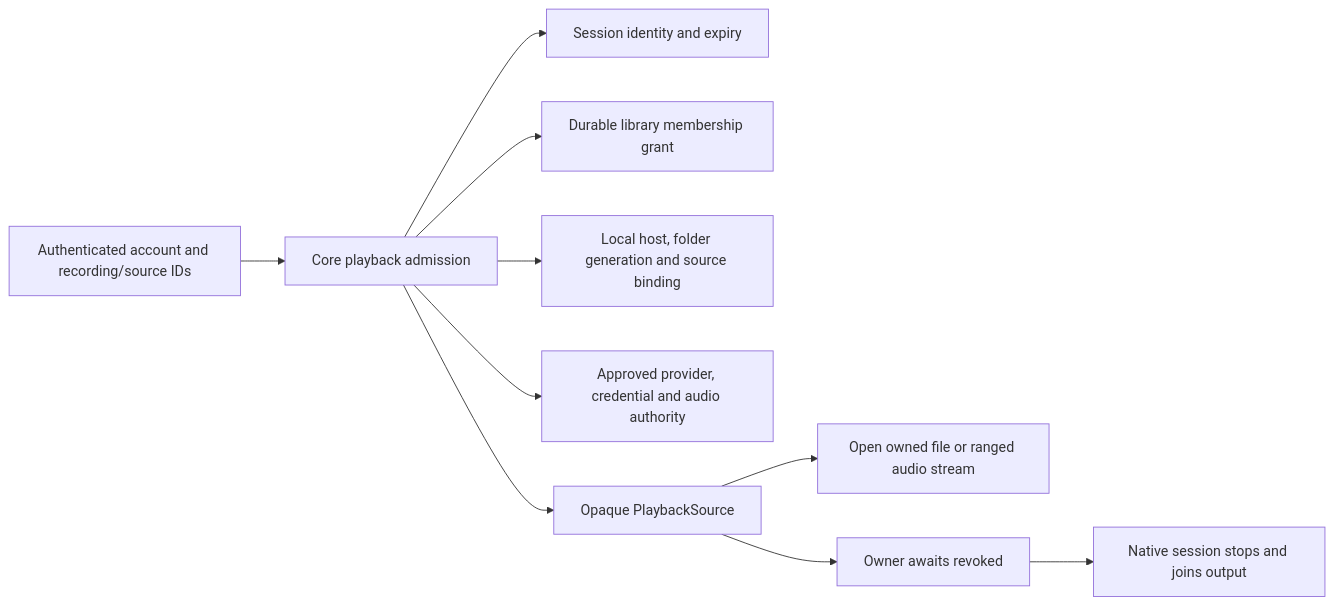
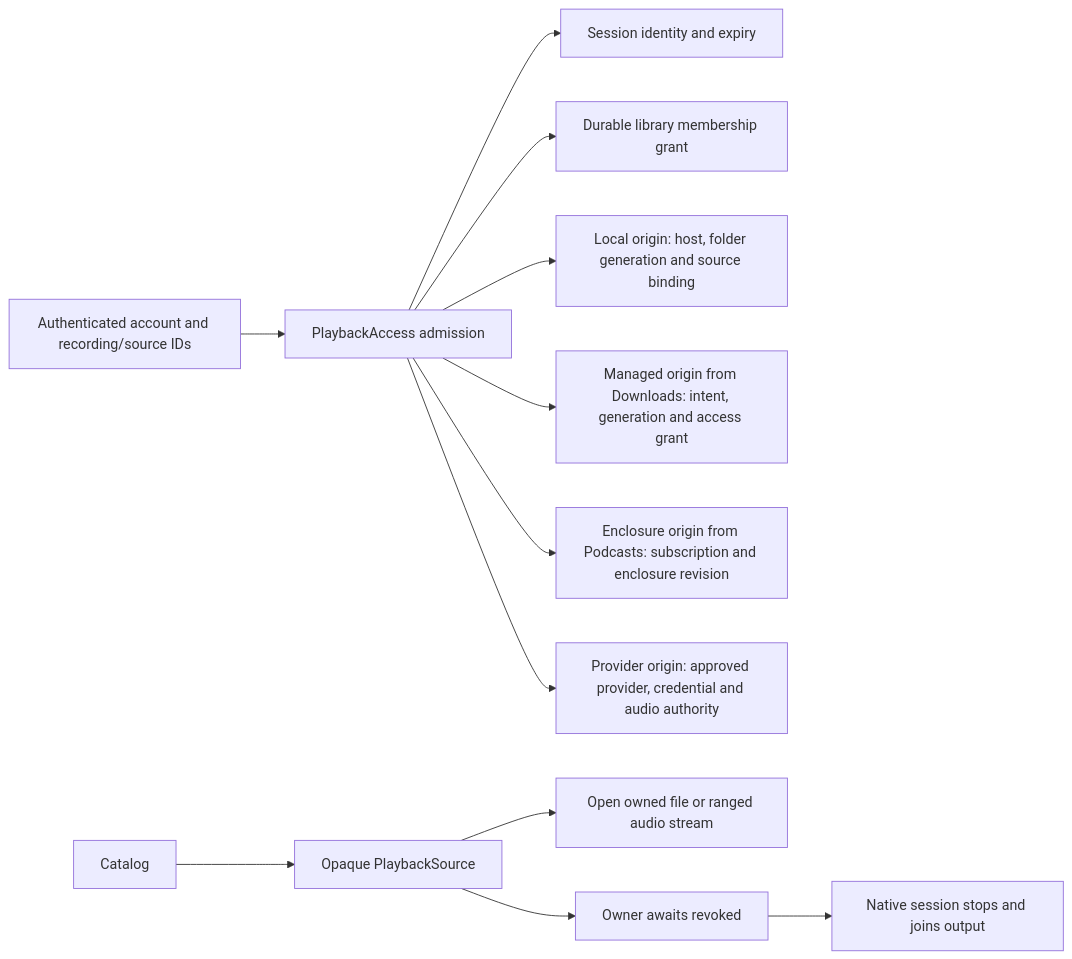
The diagram in docs/playback-access.md (acidiney/hitoapp), drawn with Mermaid before and after one commit. The commit also changed other lines of this file and 2 other files, not shown here.

Commit message:
Document PlaybackAccess and mark RFC 0002 implemented

````diff
--- a/docs/playback-access.md
+++ b/docs/playback-access.md
@@ -7,12 +7,14 @@
 ```mermaid
 flowchart LR
-  Request[Authenticated account and recording/source IDs] --> Catalog[Core playback admission]
-  Catalog --> Session[Session identity and expiry]
-  Catalog --> Membership[Durable library membership grant]
-  Catalog --> Local[Local host, folder generation and source binding]
-  Catalog --> Provider[Approved provider, credential and audio authority]
+  Request[Authenticated account and recording/source IDs] --> Access[PlaybackAccess admission]
+  Access --> Session[Session identity and expiry]
+  Access --> Membership[Durable library membership grant]
+  Access --> Local[Local origin: host, folder generation and source binding]
+  Access --> Managed[Managed origin from Downloads: intent, generation and access grant]
+  Access --> Podcast[Enclosure origin from Podcasts: subscription and enclosure revision]
+  Access --> Provider[Provider origin: approved provider, credential and audio authority]
   Catalog --> Grant[Opaque PlaybackSource]
   Grant --> Open[Open owned file or ranged audio stream]
   Grant --> Watch[Owner awaits revoked]
   Watch --> Stop[Native session stops and joins output]
 ```
````
